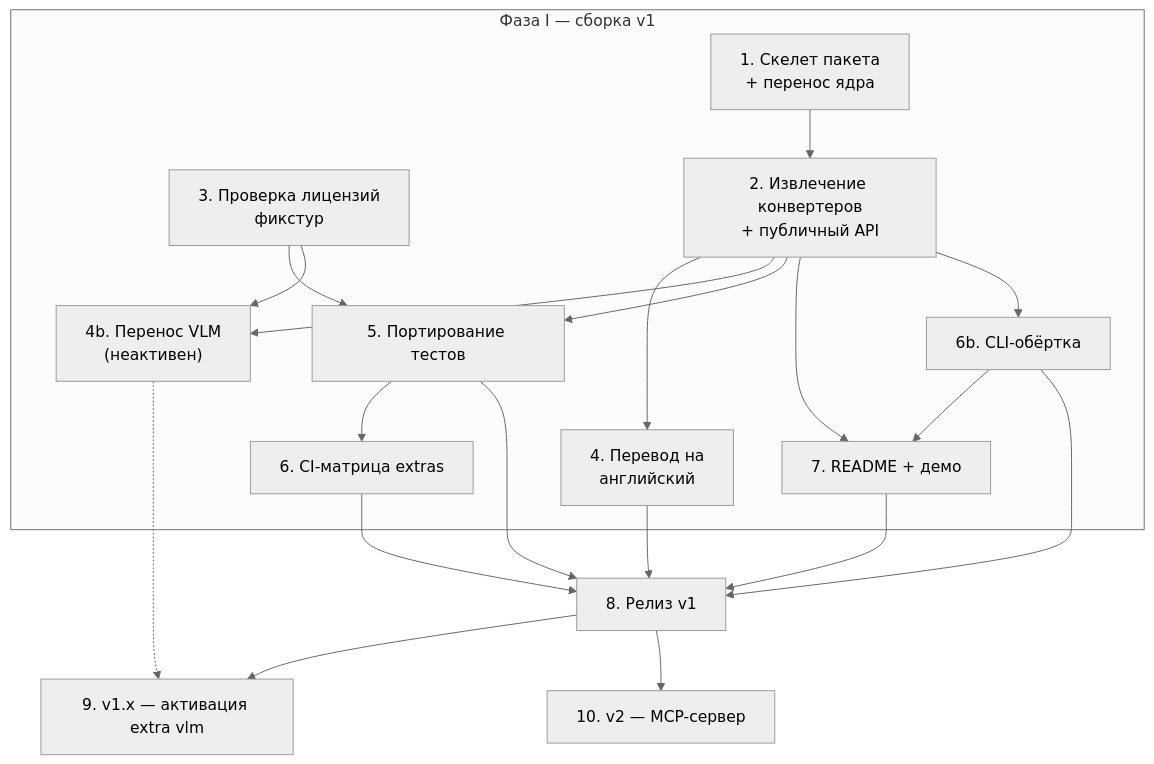
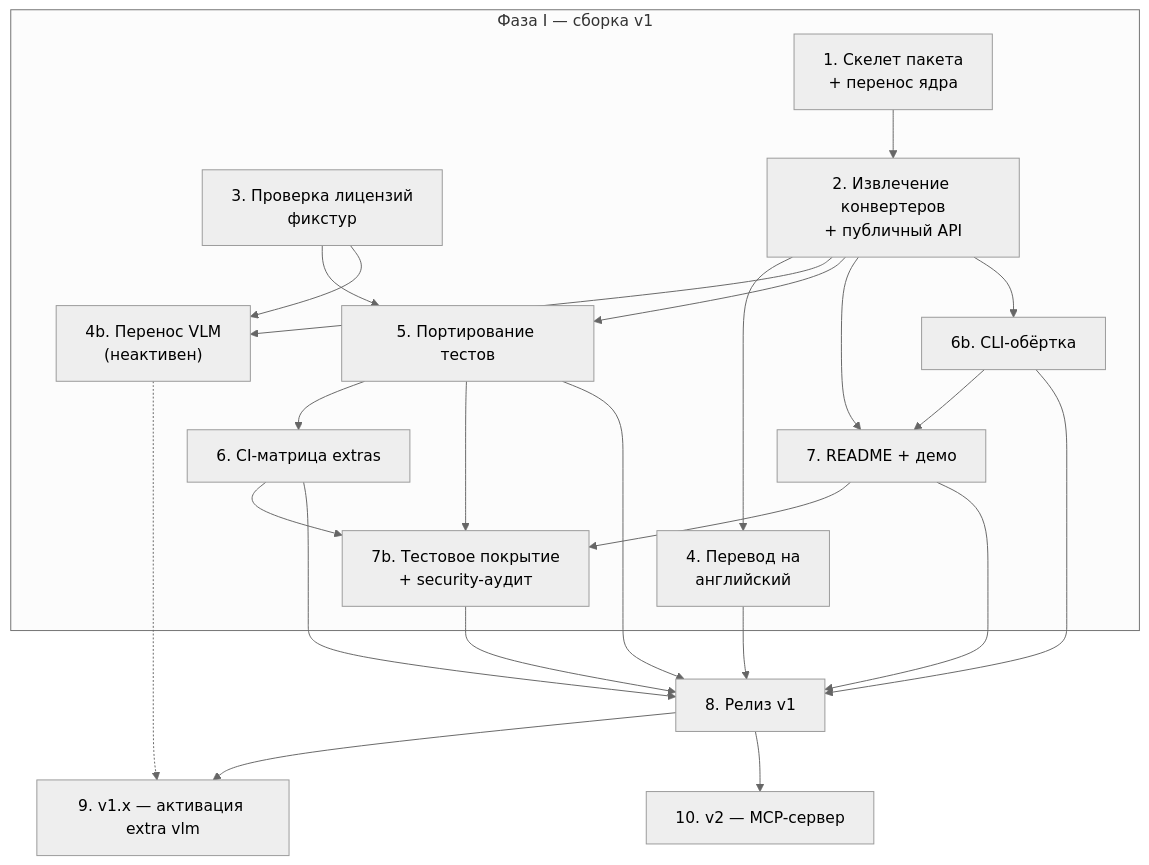
Before and after one commit to HelgDemidov/refigure: the diagram in docs/project-meta/execution-sequence/execution-sequence-2026-08-04.md, drawn with Mermaid (neutral theme). The commit also changed other lines of this file, not shown here.

````diff
--- a/docs/project-meta/execution-sequence/execution-sequence-2026-08-04.md
+++ b/docs/project-meta/execution-sequence/execution-sequence-2026-08-04.md
@@ -15,36 +16,41 @@
 ```mermaid
 flowchart TD
     subgraph P1["Фаза I — сборка v1"]
         S1["1. Скелет пакета<br/>+ перенос ядра"]
         S3["3. Проверка лицензий<br/>фикстур"]
         S2["2. Извлечение конвертеров<br/>+ публичный API"]
         S4["4. Перевод на<br/>английский"]
         S4b["4b. Перенос VLM<br/>(неактивен)"]
         S5["5. Портирование тестов"]
         S6["6. CI-матрица extras"]
         S6b["6b. CLI-обёртка"]
         S7["7. README + демо"]
+        S7b["7b. Тестовое покрытие<br/>+ security-аудит"]
     end
     S8["8. Релиз v1"]
     S9["9. v1.x — активация extra vlm"]
     S10["10. v2 — MCP-сервер"]
 
     S1 --> S2
     S3 --> S5
     S3 --> S4b
     S2 --> S4
     S2 --> S4b
     S2 --> S5
     S2 --> S7
     S2 --> S6b
     S5 --> S6
     S6b --> S7
+    S5 --> S7b
+    S6 --> S7b
+    S7 --> S7b
     S4 --> S8
     S5 --> S8
     S6 --> S8
     S6b --> S8
     S7 --> S8
+    S7b --> S8
     S8 --> S9
     S8 --> S10
     S4b -.-> S9
 ```
````
